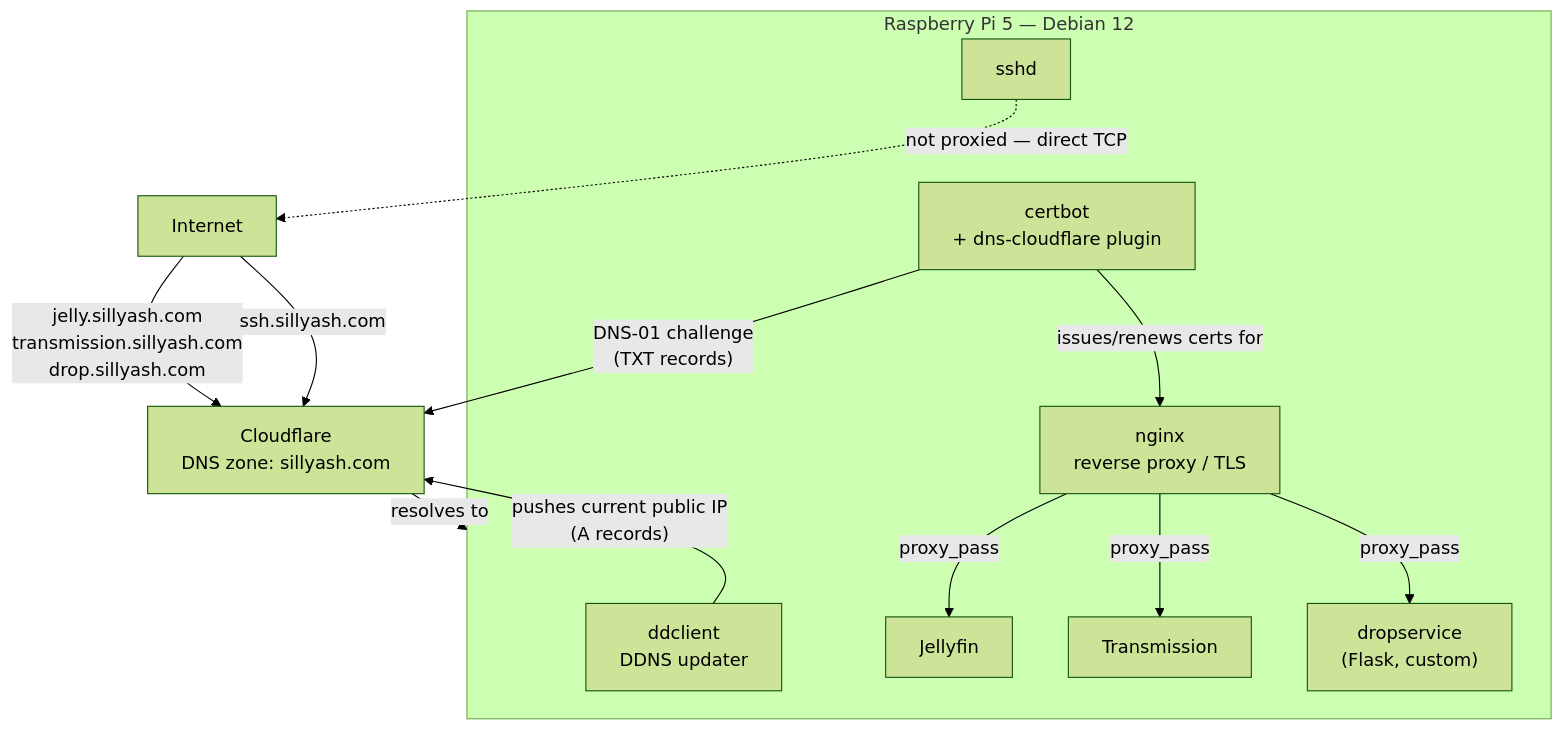
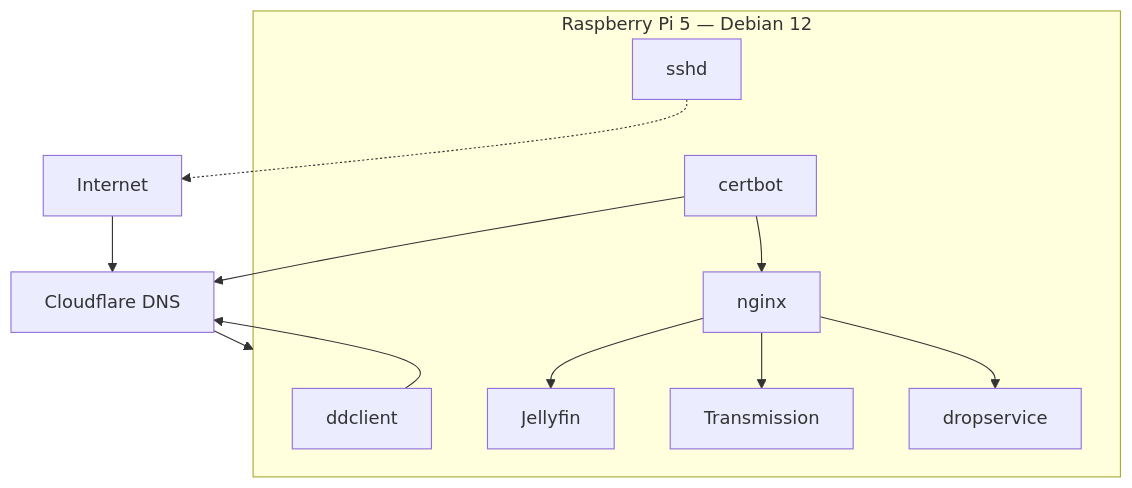
The diagram in README.md (sillyash/homelab), drawn with Mermaid before and after one commit. The commit also changed other lines of this file, not shown here.

Commit message:
docs: lighten main architecture diagram
Drop the pinned mermaid theme (let the renderer pick light/dark) and
strip protocol-level edge labels (A/TXT record detail, domain lists)
from the top-level overview now that each service has its own more
detailed diagram.

````diff
--- a/README.md
+++ b/README.md
@@ -11,29 +11,25 @@
 ```mermaid
-%%{init: {"theme": "forest"}}%%
 graph TB
     Internet[Internet]
-    Cloudflare["Cloudflare<br>DNS zone: sillyash.com"]
+    Cloudflare["Cloudflare DNS"]
 
     subgraph Pi["Raspberry Pi 5 — Debian 12"]
-        ddclient["ddclient<br>DDNS updater"]
-        certbot["certbot<br>+ dns-cloudflare plugin"]
-        nginx["nginx<br>reverse proxy / TLS"]
+        ddclient["ddclient"]
+        certbot["certbot"]
+        nginx["nginx"]
         jellyfin["Jellyfin"]
         transmission["Transmission"]
-        dropservice["dropservice<br>(Flask, custom)"]
+        dropservice["dropservice"]
         sshd["sshd"]
     end
 
-    Internet -->|"jelly.sillyash.com<br>transmission.sillyash.com<br>drop.sillyash.com"| Cloudflare
-    Internet -->|"ssh.sillyash.com"| Cloudflare
-    Cloudflare -->|resolves to| Pi
+    Internet --> Cloudflare --> Pi
+    ddclient --> Cloudflare
+    certbot --> Cloudflare
+    certbot --> nginx
 
-    ddclient -->|"pushes current public IP<br>(A records)"| Cloudflare
-    certbot -->|"DNS-01 challenge<br>(TXT records)"| Cloudflare
-    certbot -->|"issues/renews certs for"| nginx
-
-    nginx -->|"proxy_pass"| jellyfin
-    nginx -->|"proxy_pass"| transmission
-    nginx -->|"proxy_pass"| dropservice
-    sshd -.->|"not proxied — direct TCP"| Internet
+    nginx --> jellyfin
+    nginx --> transmission
+    nginx --> dropservice
+    sshd -.-> Internet
 ```
````
